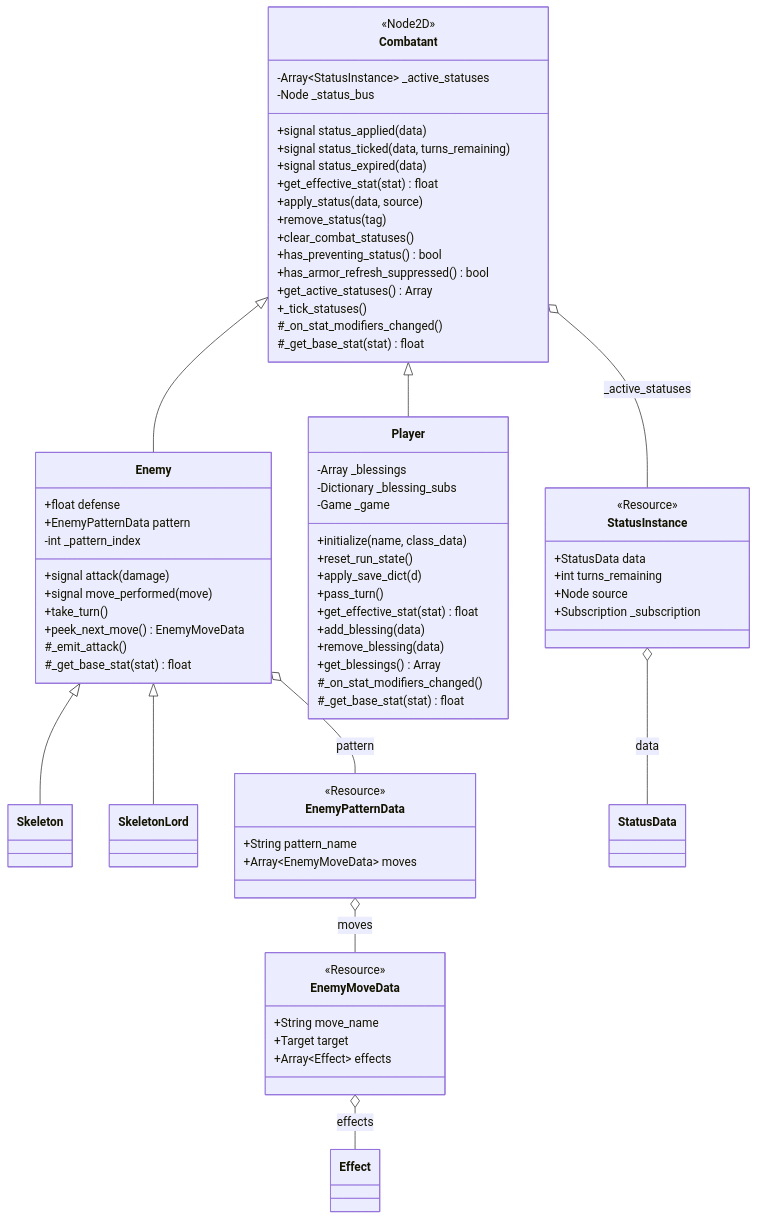
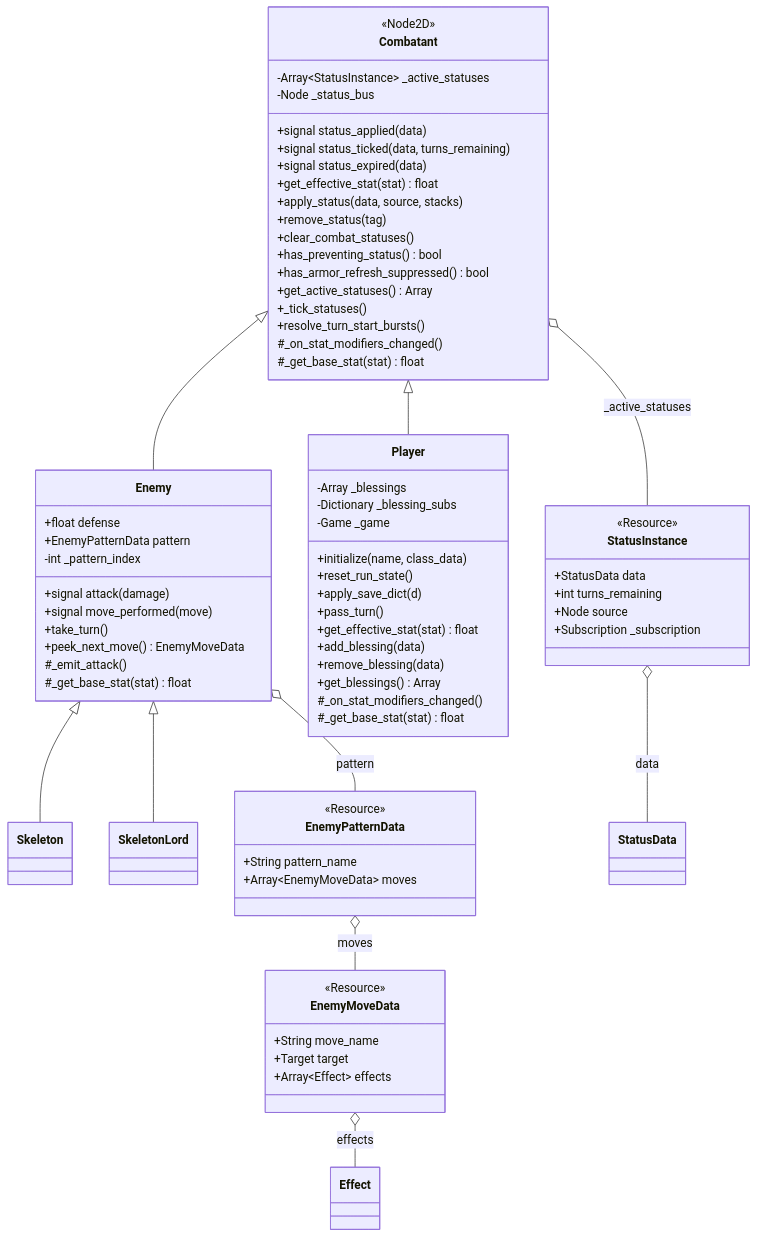
One commit to mjholder/crawler changed the fifth of 5 diagrams in journal/architecture.md. Above: the diagram before and after it, drawn with Mermaid. The commit also changed other lines of this file and 9 other files, not shown here.

First line of the commit message:
Burn: single-turn start-of-turn burst with multi-stack application

````diff
--- a/journal/architecture.md
+++ b/journal/architecture.md
@@ -506,79 +507,80 @@
 ```mermaid
 classDiagram
     class StatusInstance {
         <<Resource>>
         +StatusData data
         +int turns_remaining
         +Node source
         +Subscription _subscription
     }
     class Combatant {
         <<Node2D>>
         +signal status_applied(data)
         +signal status_ticked(data, turns_remaining)
         +signal status_expired(data)
         -Array~StatusInstance~ _active_statuses
         -Node _status_bus
         +get_effective_stat(stat) float
-        +apply_status(data, source)
+        +apply_status(data, source, stacks)
         +remove_status(tag)
         +clear_combat_statuses()
         +has_preventing_status() bool
         +has_armor_refresh_suppressed() bool
         +get_active_statuses() Array
         +_tick_statuses()
+        +resolve_turn_start_bursts()
         #_on_stat_modifiers_changed()
         #_get_base_stat(stat) float
     }
     class Player {
         +initialize(name, class_data)
         +reset_run_state()
         +apply_save_dict(d)
         +pass_turn()
         +get_effective_stat(stat) float
         +add_blessing(data)
         +remove_blessing(data)
         +get_blessings() Array
         -Array _blessings
         -Dictionary _blessing_subs
         -Game _game
         #_on_stat_modifiers_changed()
         #_get_base_stat(stat) float
     }
     class Enemy {
         +signal attack(damage)
         +signal move_performed(move)
         +float defense
         +EnemyPatternData pattern
         -int _pattern_index
         +take_turn()
         +peek_next_move() EnemyMoveData
         #_emit_attack()
         #_get_base_stat(stat) float
     }
     class Skeleton {
     }
     class SkeletonLord {
     }
     class EnemyPatternData {
         <<Resource>>
         +String pattern_name
         +Array~EnemyMoveData~ moves
     }
     class EnemyMoveData {
         <<Resource>>
         +String move_name
         +Target target
         +Array~Effect~ effects
     }
 
     Combatant o-- StatusInstance : _active_statuses
     StatusInstance o-- StatusData : data
     Combatant <|-- Player
     Combatant <|-- Enemy
     Enemy <|-- Skeleton
     Enemy <|-- SkeletonLord
     Enemy o-- EnemyPatternData : pattern
     EnemyPatternData o-- EnemyMoveData : moves
     EnemyMoveData o-- Effect : effects
 ```
````
